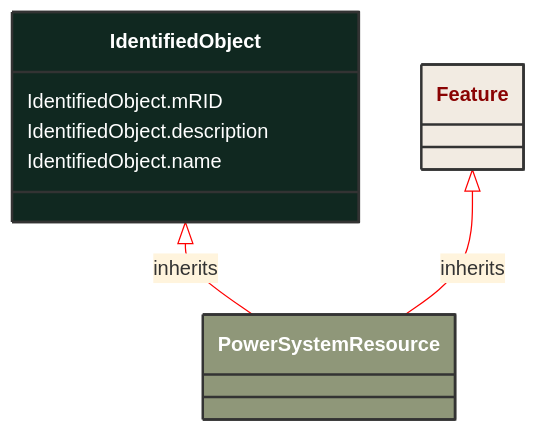
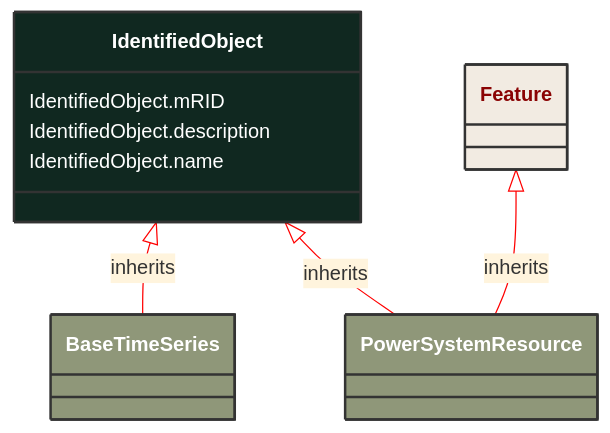
The diagram in docs/Models/Profiles/GridCapacity/AbstractClasses/IdentifiedObject.md (3lbits/NoCIMExtensions), drawn with Mermaid before and after one commit. The commit also changed 63 other files, not shown here.

````diff
--- a/docs/Models/Profiles/GridCapacity/AbstractClasses/IdentifiedObject.md
+++ b/docs/Models/Profiles/GridCapacity/AbstractClasses/IdentifiedObject.md
@@ -10,23 +10,29 @@
 ```mermaid
 %%{init: {'theme':'base','themeVariables': {'lineColor': '#FF0000'}}}%%
 classDiagram
     class IdentifiedObject
     click IdentifiedObject href "/Models/Profiles/GridCapacity/AbstractClasses/IdentifiedObject/"
     style IdentifiedObject fill:#102820,stroke:#333,stroke-width:2px,rx:10,ry:10,color:white
+
+        IdentifiedObject <|-- BaseTimeSeries : inherits
+
+        BaseTimeSeries
+            click BaseTimeSeries href "/Models/Profiles/GridCapacity/AbstractClasses/BaseTimeSeries/"
+            style BaseTimeSeries fill:#8F9779,stroke:#333,stroke-width:2px,rx:10,ry:10,color:white
 
         IdentifiedObject <|-- PowerSystemResource : inherits
 
         PowerSystemResource
             click PowerSystemResource href "/Models/Profiles/GridCapacity/AbstractClasses/PowerSystemResource/"
             style PowerSystemResource fill:#8F9779,stroke:#333,stroke-width:2px,rx:10,ry:10,color:white
 
         Feature <|-- PowerSystemResource : inherits
             click Feature href "/Models/Profiles/GridCapacity/ConcreteClasses/Feature/"
             style Feature fill:#F2EBE2,stroke:#333,stroke-width:2px,rx:10,ry:10,color:#8A0303
 
 
 
         IdentifiedObject : IdentifiedObject.mRID
         IdentifiedObject : IdentifiedObject.description
         IdentifiedObject : IdentifiedObject.name
 ```
````
